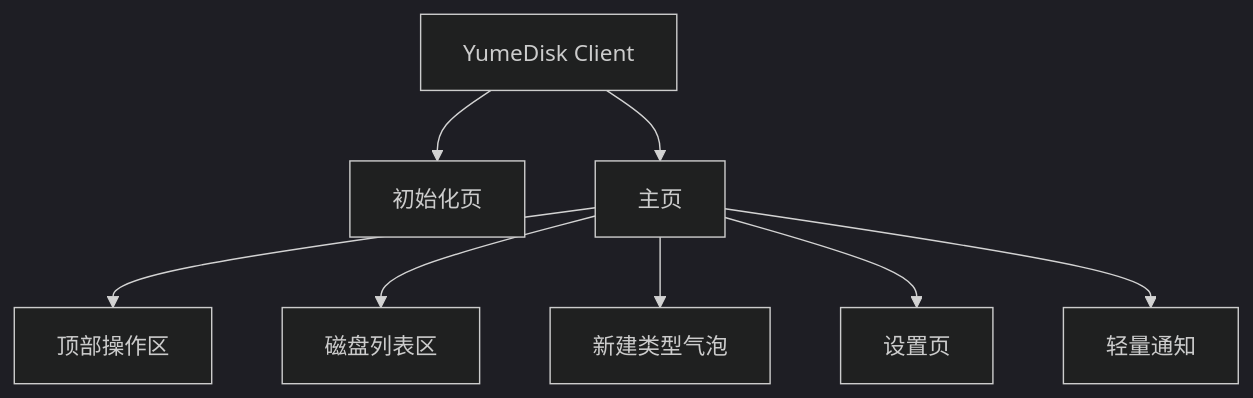
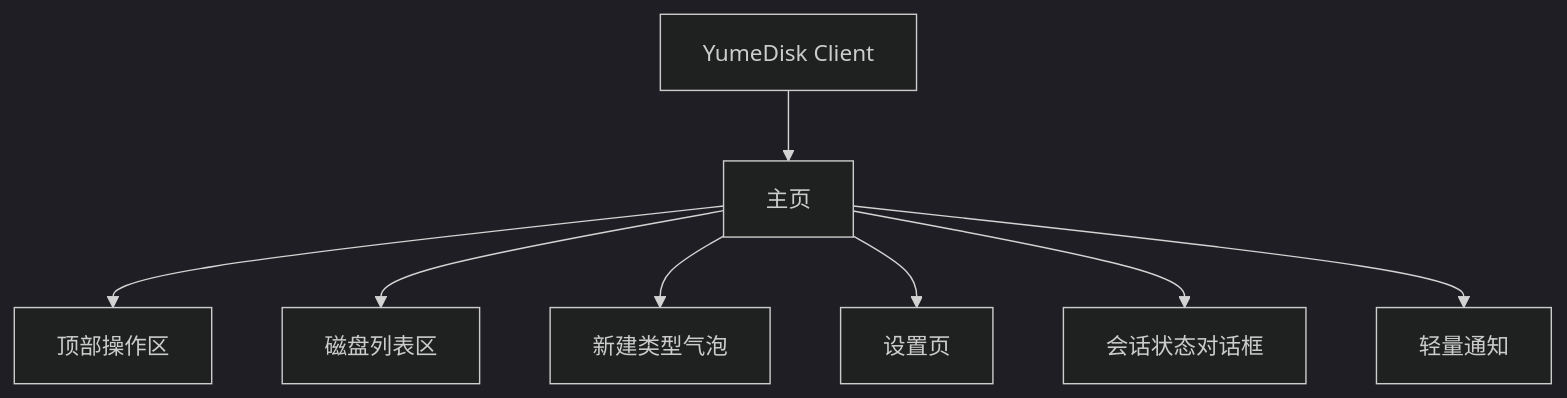
The first of 4 diagrams in docs/ui/tauri-client-ui-design.md (Zightch/yumedisk), drawn with Mermaid (dark theme) before and after one commit. The commit also changed other lines of this file and 6 other files, not shown here.

Commit message:
docs: sync tauri client startup and session boundaries

````diff
--- a/docs/ui/tauri-client-ui-design.md
+++ b/docs/ui/tauri-client-ui-design.md
@@ -37,10 +37,10 @@
 ```mermaid
 flowchart TD
-    App[YumeDisk Client] --> Init[初始化页]
-    App --> Home[主页]
+    App[YumeDisk Client] --> Home[主页]
     Home --> Header[顶部操作区]
     Home --> DiskList[磁盘列表区]
     Home --> AddPopover[新建类型气泡]
     Home --> Settings[设置页]
+    Home --> SessionDialog[会话状态对话框]
     Home --> Toast[轻量通知]
 ```
````
